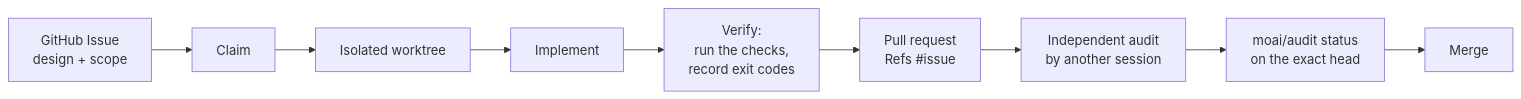
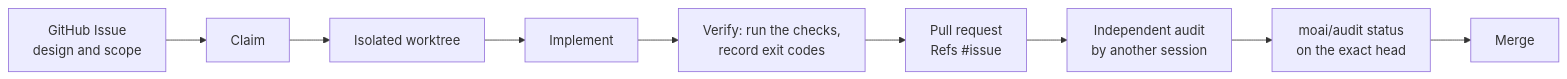
The diagram in README.md (modu-ai/moai-adk), drawn with Mermaid before and after one commit. The commit also changed other lines of this file and 2 other files, not shown here.

Commit message:
docs: narrow the home-folder FAQ, trim SECURITY scope, quote mermaid labels
The FAQ now limits the plan/apply statement to commands that generate or
apply managed files. SECURITY scope follows the agreed outline only.

Moai-Claim: 2435#6783286748

````diff
--- a/README.md
+++ b/README.md
@@ -15,11 +15,11 @@
 ```mermaid
 flowchart LR
-    I[GitHub Issue<br/>design + scope] --> C[Claim]
-    C --> W[Isolated worktree]
-    W --> R[Implement]
-    R --> V[Verify:<br/>run the checks,<br/>record exit codes]
-    V --> P[Pull request<br/>Refs #issue]
-    P --> A[Independent audit<br/>by another session]
-    A --> S[moai/audit status<br/>on the exact head]
-    S --> M[Merge]
+    I["GitHub Issue<br/>design and scope"] --> C["Claim"]
+    C --> W["Isolated worktree"]
+    W --> R["Implement"]
+    R --> V["Verify: run the checks,<br/>record exit codes"]
+    V --> P["Pull request<br/>Refs #issue"]
+    P --> A["Independent audit<br/>by another session"]
+    A --> S["moai/audit status<br/>on the exact head"]
+    S --> M["Merge"]
 ```
````
